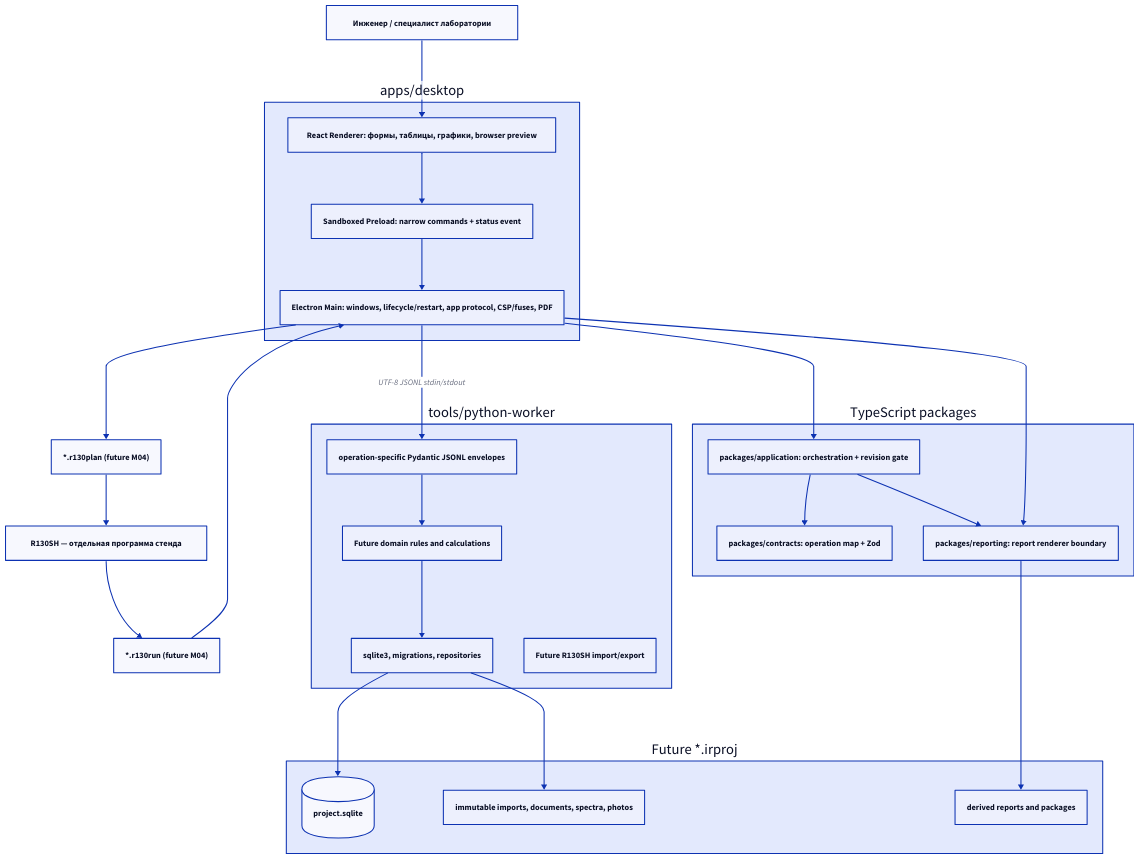
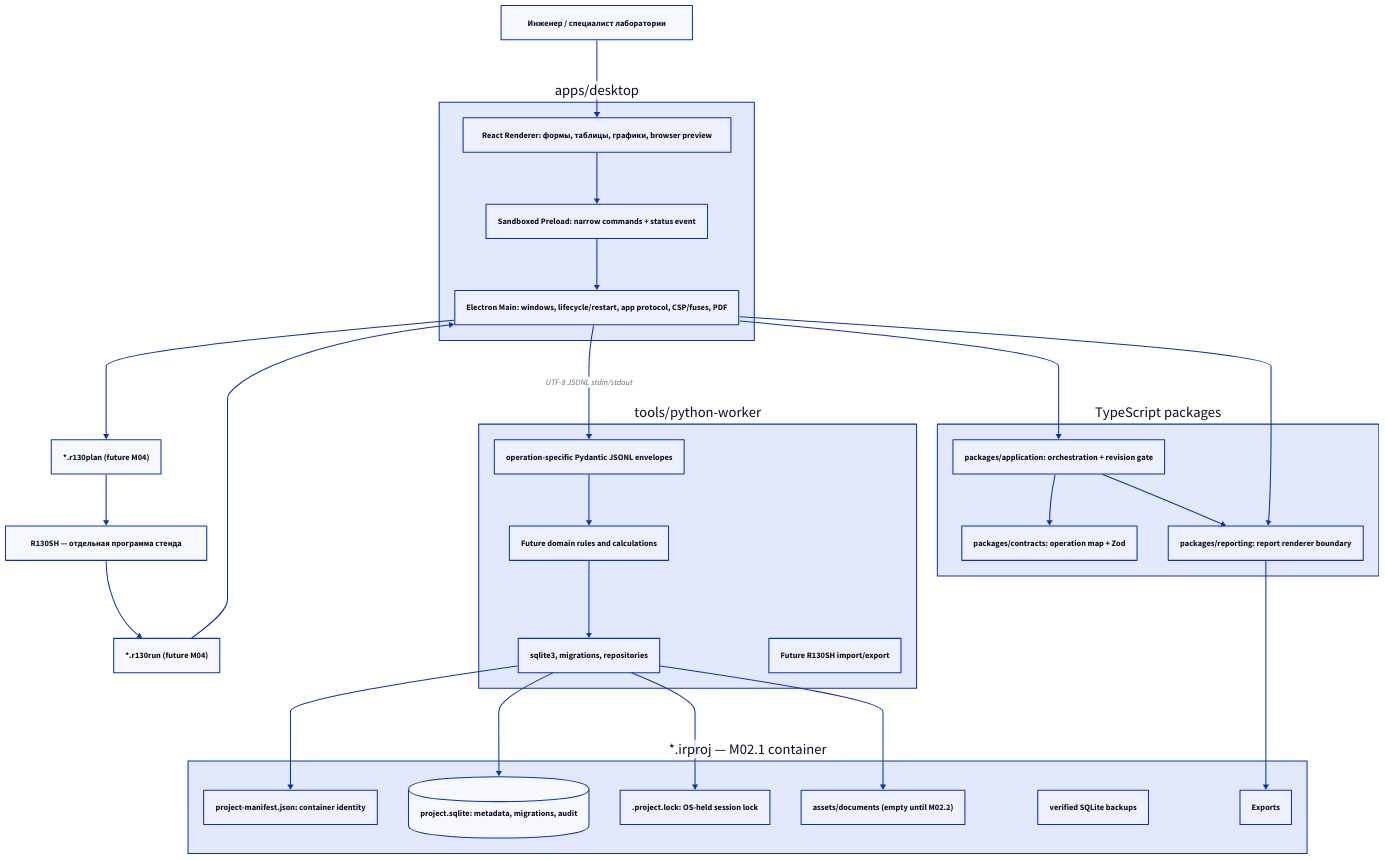
One commit to vitalcc55/impeller-reliability changed the diagram in docs/architecture/system-context-module-map.md. Above: the diagram before and after it, drawn with D2. The commit also changed other lines of this file and 55 other files, not shown here.

````diff
--- a/docs/architecture/system-context-module-map.md
+++ b/docs/architecture/system-context-module-map.md
@@ -5,52 +5,56 @@
 ```d2
 direction: down
 
 Engineer: "Инженер / специалист лаборатории"
 R130SH: "R130SH — отдельная программа стенда"
 PlanPackage: "*.r130plan (future M04)"
 RunPackage: "*.r130run (future M04)"
 
 Desktop: "apps/desktop" {
   Renderer: "React Renderer: формы, таблицы, графики, browser preview"
   Preload: "Sandboxed Preload: narrow commands + status event"
   Main: "Electron Main: windows, lifecycle/restart, app protocol, CSP/fuses, PDF"
 }
 
 TypeScript: "TypeScript packages" {
   Contracts: "packages/contracts: operation map + Zod"
   Application: "packages/application: orchestration + revision gate"
   Reporting: "packages/reporting: report renderer boundary"
 }
 
 Worker: "tools/python-worker" {
   Protocol: "operation-specific Pydantic JSONL envelopes"
   Domain: "Future domain rules and calculations"
   Persistence: "sqlite3, migrations, repositories"
   Integration: "Future R130SH import/export"
 }
 
-Project: "Future *.irproj" {
-  Database: "project.sqlite" { shape: cylinder }
-  Assets: "immutable imports, documents, spectra, photos"
-  Exports: "derived reports and packages"
+Project: "*.irproj — M02.1 container" {
+  Manifest: "project-manifest.json: container identity"
+  Database: "project.sqlite: metadata, migrations, audit" { shape: cylinder }
+  Lock: ".project.lock: OS-held session lock"
+  Assets: "assets/documents (empty until M02.2)"
+  Backups: "verified SQLite backups"
 }
 
 Engineer -> Desktop.Renderer
 Desktop.Renderer -> Desktop.Preload
 Desktop.Preload -> Desktop.Main
 Desktop.Main -> TypeScript.Application
 TypeScript.Application -> TypeScript.Contracts
 Desktop.Main -> Worker.Protocol: "UTF-8 JSONL stdin/stdout"
 Worker.Protocol -> Worker.Domain
 Worker.Domain -> Worker.Persistence
 Worker.Persistence -> Project.Database
+Worker.Persistence -> Project.Manifest
+Worker.Persistence -> Project.Lock
 Worker.Persistence -> Project.Assets
 TypeScript.Application -> TypeScript.Reporting
 Desktop.Main -> TypeScript.Reporting
 TypeScript.Reporting -> Project.Exports
 
 Desktop.Main -> PlanPackage
 PlanPackage -> R130SH
 R130SH -> RunPackage
 RunPackage -> Desktop.Main
 ```
````
